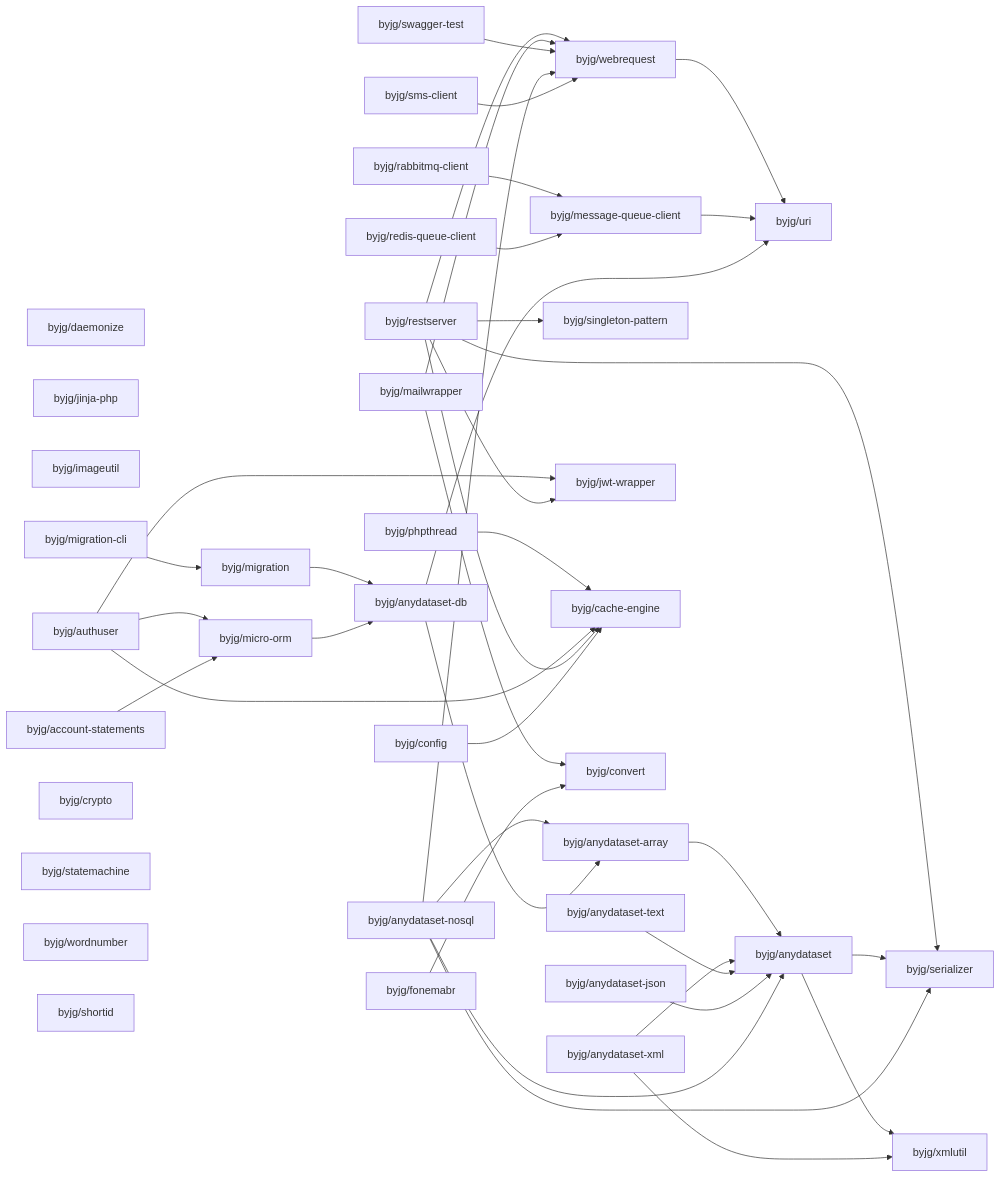
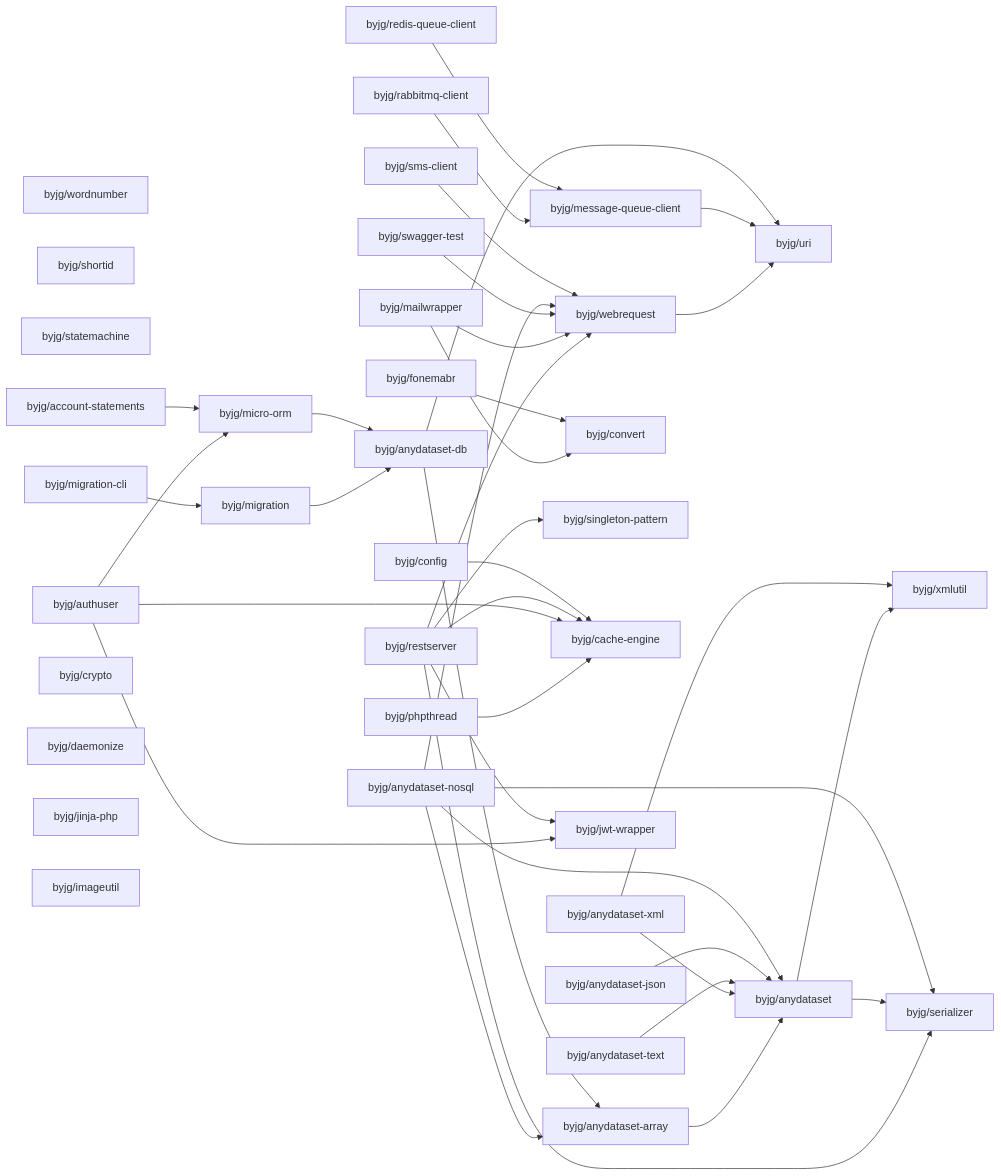
The diagram in docs/php/README.md (byjg/byjg.github.io), drawn with Mermaid before and after one commit. The commit also changed other lines of this file, not shown here.

Commit message:
Update documentation 'php' 'php-migration'

````diff
--- a/docs/php/README.md
+++ b/docs/php/README.md
@@ -3,76 +3,76 @@
 ```mermaid
 graph LR;
+  byjg/swagger-test;
+  byjg/fonemabr;
+  byjg/sms-client;
+  byjg/anydataset-xml;
+  byjg/config;
+  byjg/phpthread;
+  byjg/anydataset-nosql;
+  byjg/wordnumber;
+  byjg/shortid;
+  byjg/statemachine;
   byjg/rabbitmq-client;
+  byjg/migration-cli;
+  byjg/mailwrapper;
+  byjg/authuser;
+  byjg/account-statements;
+  byjg/crypto;
+  byjg/anydataset-json;
   byjg/daemonize;
-  byjg/anydataset-xml;
+  byjg/jinja-php;
+  byjg/restserver;
   byjg/anydataset-text;
-  byjg/jinja-php;
   byjg/imageutil;
-  byjg/config;
-  byjg/restserver;
-  byjg/sms-client;
-  byjg/account-statements;
-  byjg/swagger-test;
-  byjg/mailwrapper;
-  byjg/migration-cli;
   byjg/redis-queue-client;
-  byjg/anydataset-json;
-  byjg/authuser;
-  byjg/crypto;
-  byjg/statemachine;
-  byjg/wordnumber;
-  byjg/phpthread;
-  byjg/fonemabr;
-  byjg/anydataset-nosql;
-  byjg/shortid;
+  byjg/migration;
+  byjg/convert;
+  byjg/micro-orm;
   byjg/singleton-pattern;
-  byjg/migration;
+  byjg/cache-engine;
+  byjg/webrequest;
+  byjg/jwt-wrapper;
   byjg/message-queue-client;
-  byjg/micro-orm;
-  byjg/jwt-wrapper;
-  byjg/cache-engine;
-  byjg/convert;
-  byjg/webrequest;
   byjg/anydataset-db;
   byjg/anydataset-array;
   byjg/uri;
   byjg/anydataset;
   byjg/serializer;
   byjg/xmlutil;
   byjg/phpthread --> byjg/cache-engine;
   byjg/authuser --> byjg/micro-orm;
   byjg/authuser --> byjg/cache-engine;
   byjg/authuser --> byjg/jwt-wrapper;
   byjg/anydataset-array --> byjg/anydataset;
   byjg/restserver --> byjg/serializer;
   byjg/restserver --> byjg/singleton-pattern;
   byjg/restserver --> byjg/cache-engine;
   byjg/restserver --> byjg/webrequest;
   byjg/restserver --> byjg/jwt-wrapper;
   byjg/mailwrapper --> byjg/convert;
   byjg/mailwrapper --> byjg/webrequest;
   byjg/swagger-test --> byjg/webrequest;
   byjg/migration --> byjg/anydataset-db;
   byjg/account-statements --> byjg/micro-orm;
   byjg/anydataset --> byjg/serializer;
   byjg/anydataset --> byjg/xmlutil;
   byjg/fonemabr --> byjg/convert;
   byjg/anydataset-xml --> byjg/anydataset;
   byjg/anydataset-xml --> byjg/xmlutil;
   byjg/webrequest --> byjg/uri;
   byjg/config --> byjg/cache-engine;
   byjg/migration-cli --> byjg/migration;
   byjg/anydataset-text --> byjg/anydataset;
   byjg/micro-orm --> byjg/anydataset-db;
   byjg/message-queue-client --> byjg/uri;
   byjg/anydataset-json --> byjg/anydataset;
   byjg/anydataset-nosql --> byjg/anydataset;
   byjg/anydataset-nosql --> byjg/anydataset-array;
   byjg/anydataset-nosql --> byjg/serializer;
   byjg/anydataset-nosql --> byjg/webrequest;
   byjg/anydataset-db --> byjg/anydataset-array;
   byjg/anydataset-db --> byjg/uri;
   byjg/rabbitmq-client --> byjg/message-queue-client;
   byjg/redis-queue-client --> byjg/message-queue-client;
   byjg/sms-client --> byjg/webrequest;
 ```
````
